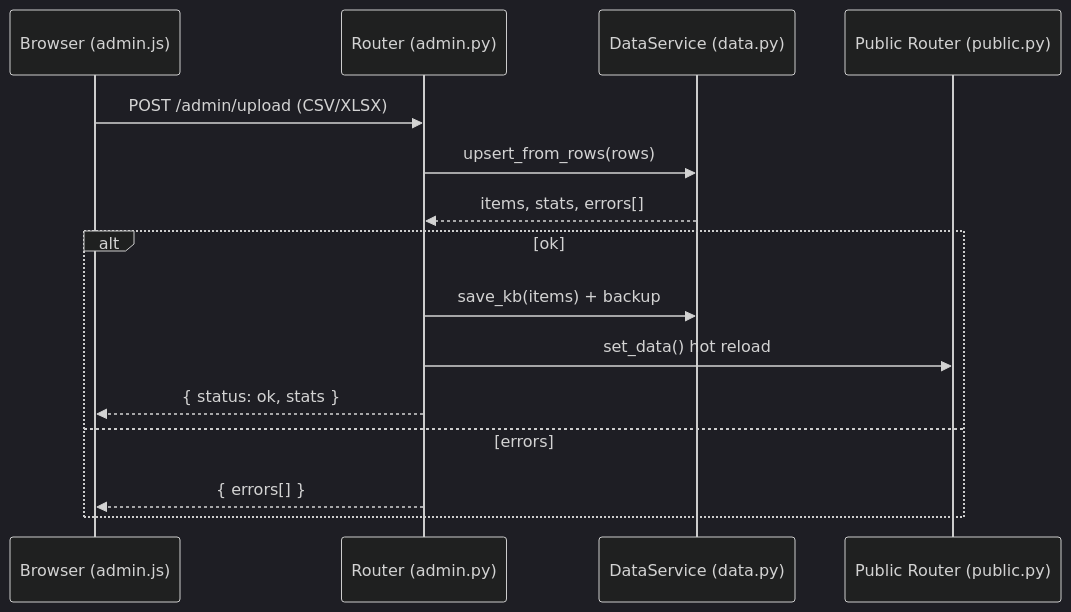
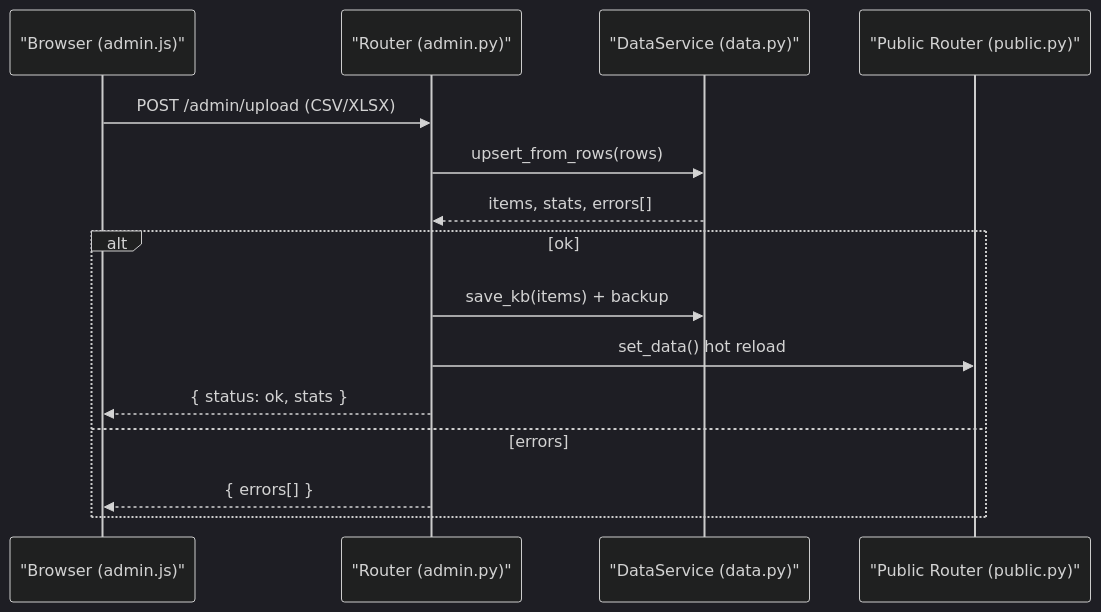
Before and after one commit to m-saurabh01/hal-sarathi: the third of 3 diagrams in DEV.md, drawn with Mermaid (dark theme). The commit also changed other lines of this file, not shown here.

````diff
--- a/DEV.md
+++ b/DEV.md
@@ -77,18 +77,18 @@
 ```mermaid
 sequenceDiagram
-  participant Admin as Browser (admin.js)
-  participant A as Router (admin.py)
-  participant D as DataService (data.py)
-  participant P as Public Router (public.py)
+  participant Admin as "Browser (admin.js)"
+  participant A as "Router (admin.py)"
+  participant D as "DataService (data.py)"
+  participant P as "Public Router (public.py)"
 
   Admin->>A: POST /admin/upload (CSV/XLSX)
   A->>D: upsert_from_rows(rows)
   D-->>A: items, stats, errors[]
   alt ok
     A->>D: save_kb(items) + backup
     A->>P: set_data() hot reload
     A-->>Admin: { status: ok, stats }
   else errors
     A-->>Admin: { errors[] }
   end
 ```
````
